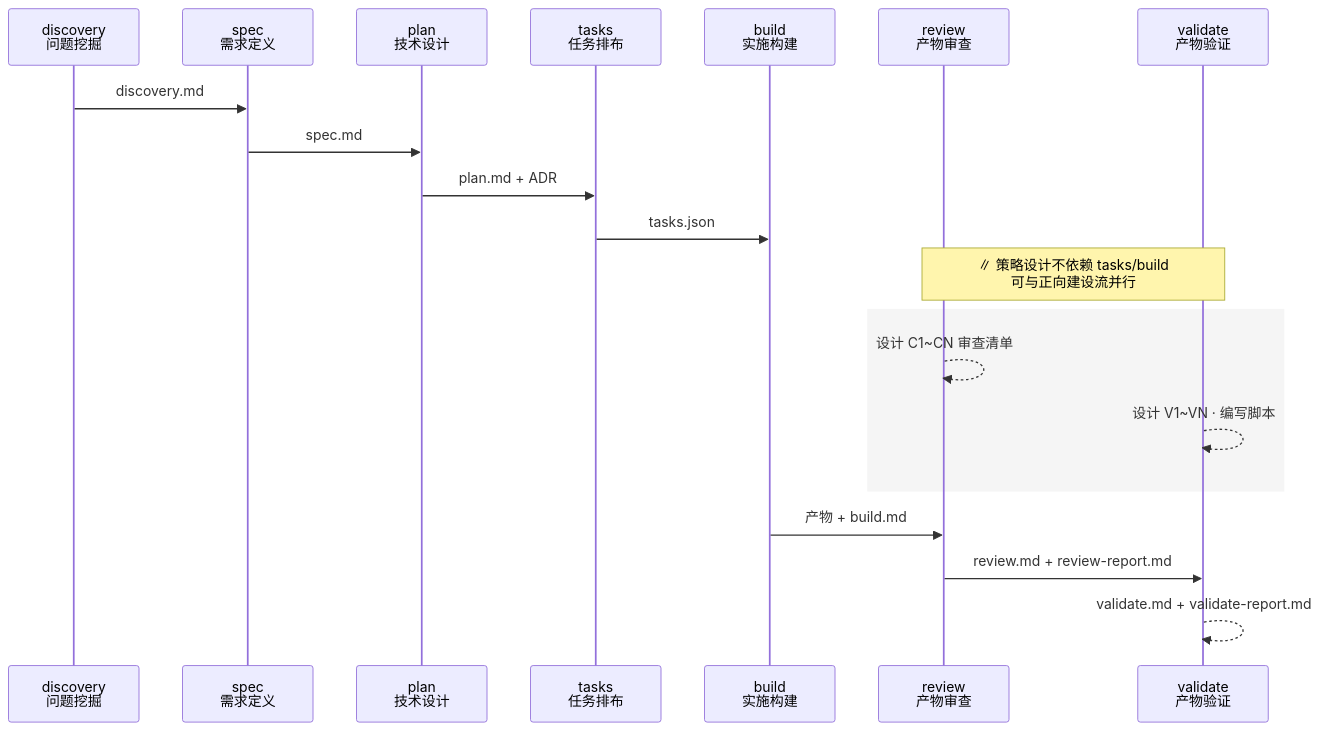
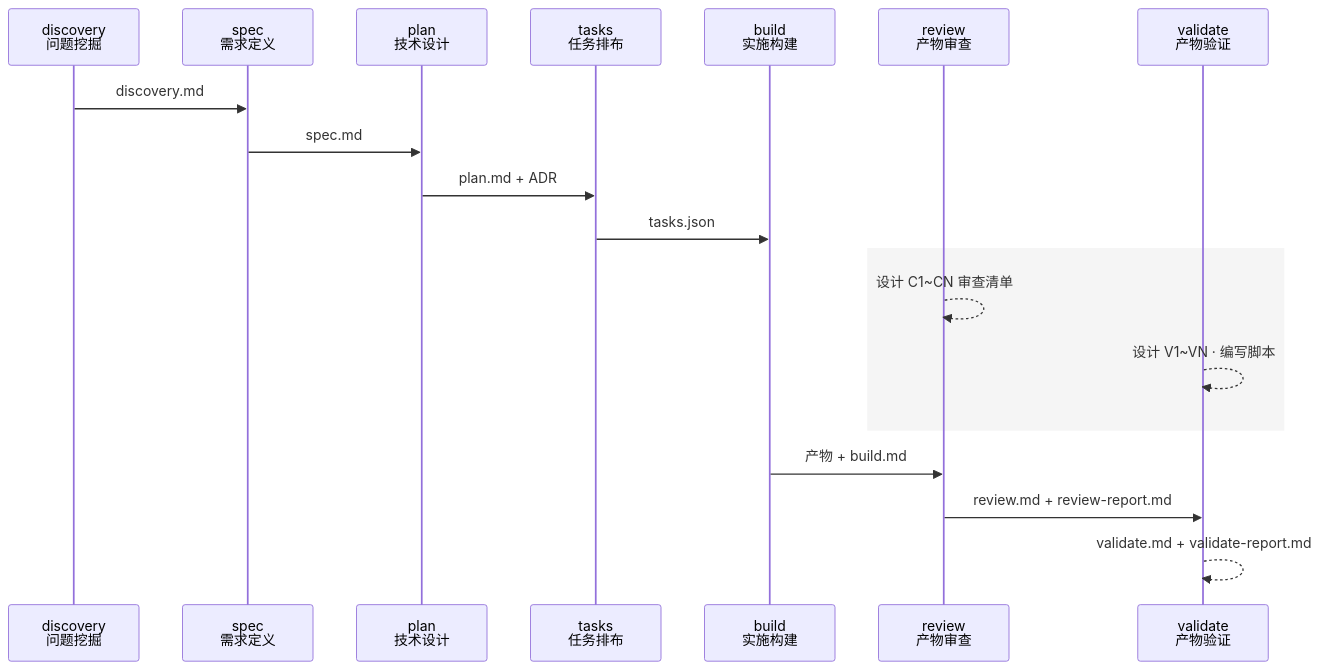
Before and after one commit to THZSummer/sddu: the diagram in .sddu/specs-tree-root/specs-tree-agent-scope-realignment/plan.md, drawn with Mermaid.

Commit message:
refactor(plan): remove redundant Note from §2.7 sequence — timeline position already expresses parallelism

````diff
--- a/.sddu/specs-tree-root/specs-tree-agent-scope-realignment/plan.md
+++ b/.sddu/specs-tree-root/specs-tree-agent-scope-realignment/plan.md
@@ -113,27 +113,25 @@
 ```mermaid
 sequenceDiagram
     participant D as discovery<br/>问题挖掘
     participant S as spec<br/>需求定义
     participant P as plan<br/>技术设计
     participant TK as tasks<br/>任务排布
     participant B as build<br/>实施构建
     participant R as review<br/>产物审查
     participant V as validate<br/>产物验证
 
     D->>S: discovery.md
     S->>P: spec.md
     P->>TK: plan.md + ADR
     TK->>B: tasks.json
     
-    Note over R,V: ∥ 策略设计不依赖 tasks/build<br/>可与正向建设流并行
-    
     rect rgb(245, 245, 245)
         R-->>R: 设计 C1~CN 审查清单
         V-->>V: 设计 V1~VN · 编写脚本
     end
     
     B->>R: 产物 + build.md
     
     R->>V: review.md + review-report.md
     V-->>V: validate.md + validate-report.md
 ```
````
